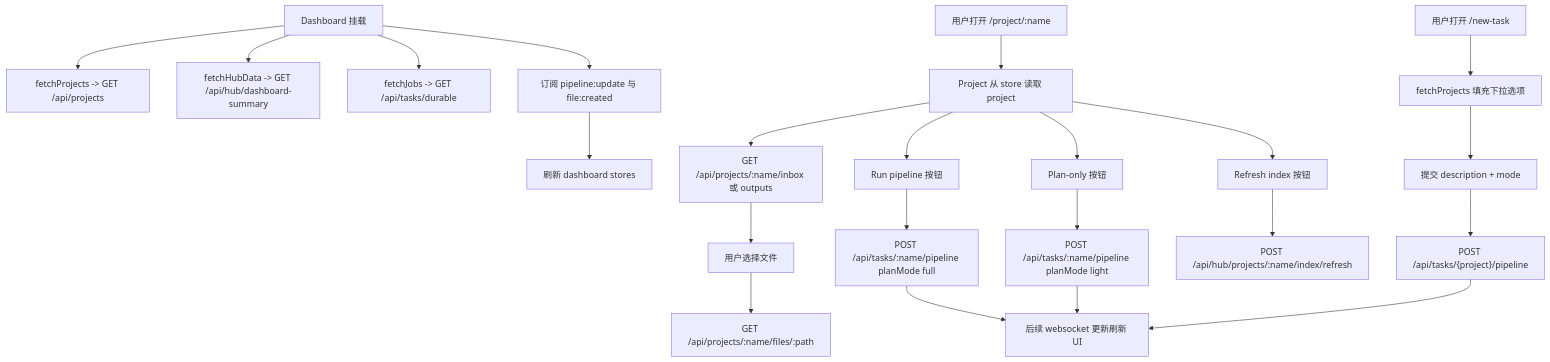
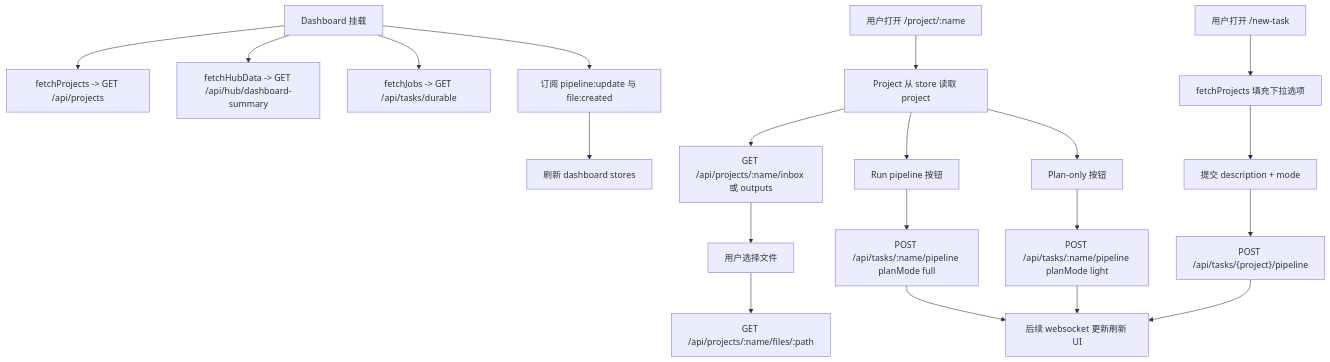
Diagram 17 of 21 in docs/architecture/unit-flowcharts.md (changw98ic/codepatchbay), drawn with Mermaid before and after one commit. The commit also changed 19 other files, not shown here.

````diff
--- a/docs/architecture/unit-flowcharts.md
+++ b/docs/architecture/unit-flowcharts.md
@@ -594,26 +594,24 @@
 ```mermaid
 flowchart TD
   A["Dashboard 挂载"] --> B["fetchProjects -> GET /api/projects"]
   A --> C["fetchHubData -> GET /api/hub/dashboard-summary"]
   A --> D["fetchJobs -> GET /api/tasks/durable"]
   A --> E["订阅 pipeline:update 与 file:created"]
   E --> F["刷新 dashboard stores"]
 
   G["用户打开 /project/:name"] --> H["Project 从 store 读取 project"]
   H --> I["GET /api/projects/:name/inbox 或 outputs"]
   I --> J["用户选择文件"]
   J --> K["GET /api/projects/:name/files/:path"]
   H --> L["Run pipeline 按钮"]
   H --> M["Plan-only 按钮"]
-  H --> N["Refresh index 按钮"]
   L --> O["POST /api/tasks/:name/pipeline planMode full"]
   M --> P["POST /api/tasks/:name/pipeline planMode light"]
-  N --> Q["POST /api/hub/projects/:name/index/refresh"]
 
   R["用户打开 /new-task"] --> S["fetchProjects 填充下拉选项"]
   S --> T["提交 description + mode"]
   T --> U["POST /api/tasks/{project}/pipeline"]
   O --> V["后续 websocket 更新刷新 UI"]
   P --> V
   U --> V
 ```
````
